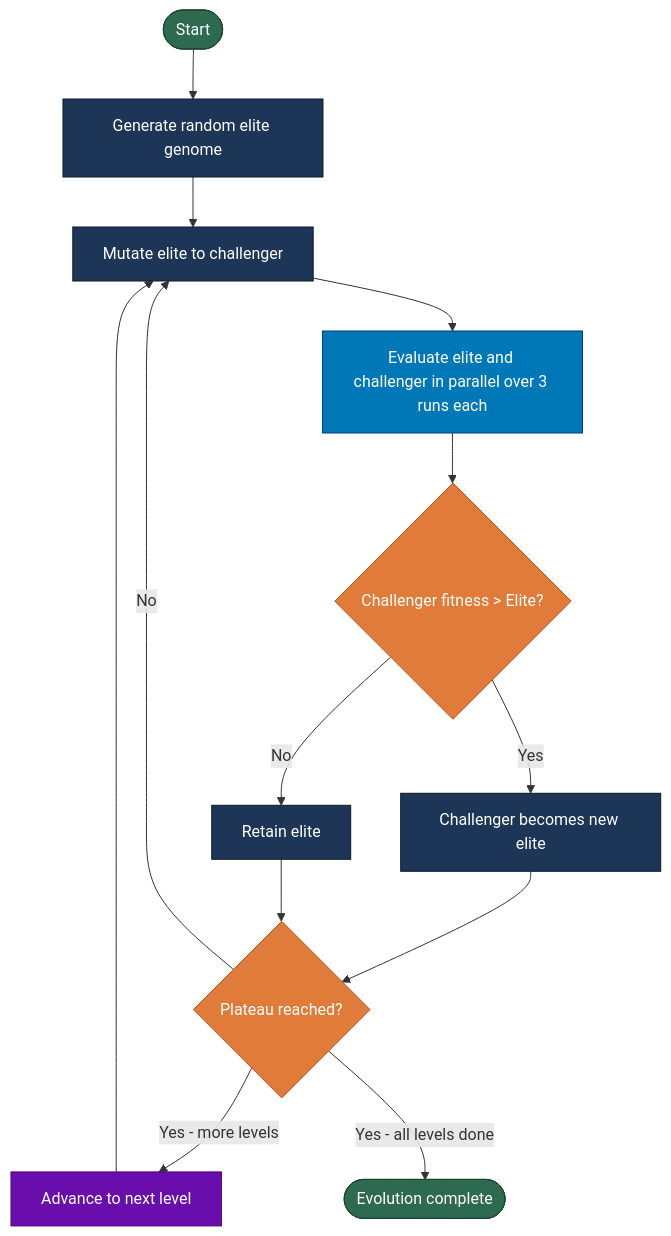
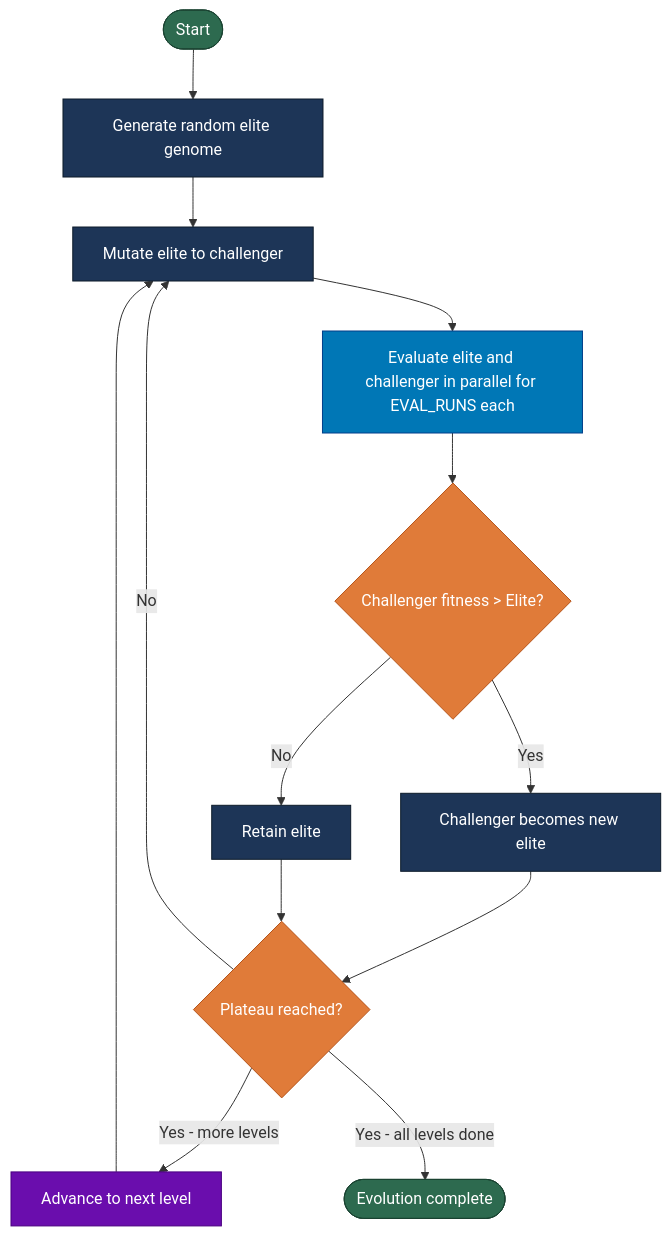
The diagram in docs/genetic_algo_design.md (aidanpb9/doom-agent), drawn with Mermaid before and after one commit. The commit also changed other lines of this file and 6 other files, not shown here.

````diff
--- a/docs/genetic_algo_design.md
+++ b/docs/genetic_algo_design.md
@@ -109,27 +110,27 @@
 ```mermaid
 flowchart TD
     classDef terminal fill:#2d6a4f,color:#fff,stroke:#1b4332
     classDef action   fill:#1d3557,color:#fff,stroke:#0d1b2a
     classDef decision fill:#e07b39,color:#fff,stroke:#b5541a
     classDef parallel fill:#0077b6,color:#fff,stroke:#023e8a
     classDef advance  fill:#6a0dad,color:#fff,stroke:#4a0080
 
     START([Start]):::terminal
     INIT[Generate random elite genome]:::action
     MUTATE[Mutate elite to challenger]:::action
-    EVAL["Evaluate elite and challenger in parallel over 3 runs each"]:::parallel
+    EVAL["Evaluate elite and challenger in parallel for EVAL_RUNS each"]:::parallel
     CMP{Challenger fitness > Elite?}:::decision
     SWAP[Challenger becomes new elite]:::action
     KEEP[Retain elite]:::action
     PLATEAU{Plateau reached?}:::decision
     NEXT[Advance to next level]:::advance
     DONE([Evolution complete]):::terminal
 
     START --> INIT --> MUTATE
     MUTATE --> EVAL --> CMP
     CMP -->|Yes| SWAP --> PLATEAU
     CMP -->|No| KEEP --> PLATEAU
     PLATEAU -->|No| MUTATE
     PLATEAU -->|Yes - more levels| NEXT --> MUTATE
     PLATEAU -->|Yes - all levels done| DONE
 ```
````
